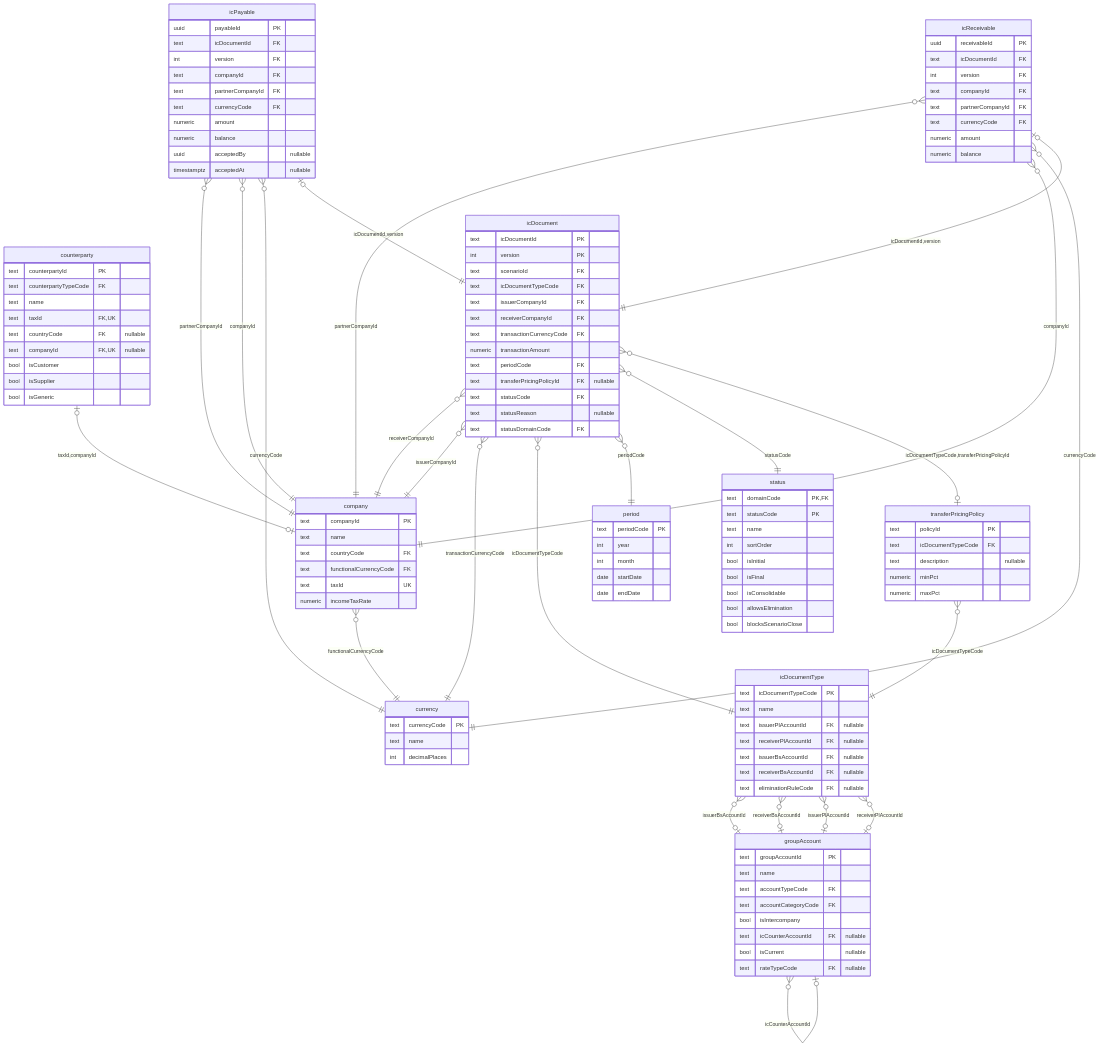
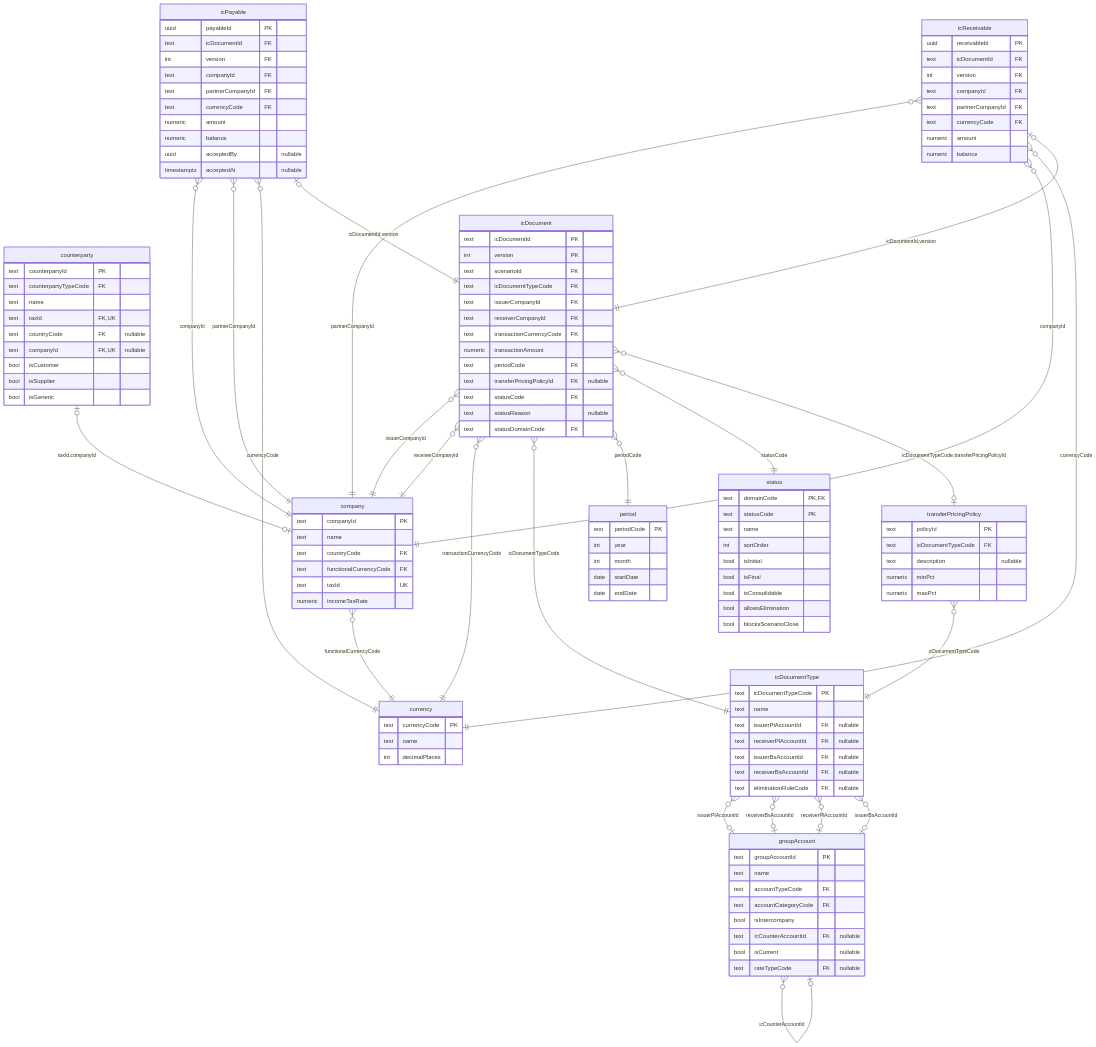
One commit to JuanPVL/Hackathon_Build-Pitch_BTS changed the fourth of 7 diagrams in hackathon-consolidacion/docs/diagrama-entidad-relacion.md. Above: the diagram before and after it, drawn with Mermaid. The commit also changed other lines of this file and 61 other files, not shown here.

```diff
--- a/hackathon-consolidacion/docs/diagrama-entidad-relacion.md
+++ b/hackathon-consolidacion/docs/diagrama-entidad-relacion.md
@@ -379,19 +389,19 @@
   company }o--|| currency : "functionalCurrencyCode"
   counterparty |o--o| company : "taxId,companyId"
   groupAccount }o--o| groupAccount : "icCounterAccountId"
+  icDocument }o--|| company : "issuerCompanyId"
   icDocument }o--|| company : "receiverCompanyId"
-  icDocument }o--|| company : "issuerCompanyId"
   icDocument }o--|| currency : "transactionCurrencyCode"
   icDocument }o--|| icDocumentType : "icDocumentTypeCode"
   icDocument }o--|| period : "periodCode"
   icDocument }o--|| status : "statusCode"
   icDocument }o--o| transferPricingPolicy : "icDocumentTypeCode,transferPricingPolicyId"
+  icDocumentType }o--o| groupAccount : "issuerPlAccountId"
+  icDocumentType }o--o| groupAccount : "receiverBsAccountId"
+  icDocumentType }o--o| groupAccount : "receiverPlAccountId"
   icDocumentType }o--o| groupAccount : "issuerBsAccountId"
-  icDocumentType }o--o| groupAccount : "receiverBsAccountId"
-  icDocumentType }o--o| groupAccount : "issuerPlAccountId"
-  icDocumentType }o--o| groupAccount : "receiverPlAccountId"
+  icPayable }o--|| company : "companyId"
   icPayable }o--|| company : "partnerCompanyId"
-  icPayable }o--|| company : "companyId"
   icPayable }o--|| currency : "currencyCode"
   icPayable |o--|| icDocument : "icDocumentId,version"
   icReceivable }o--|| company : "partnerCompanyId"
```
